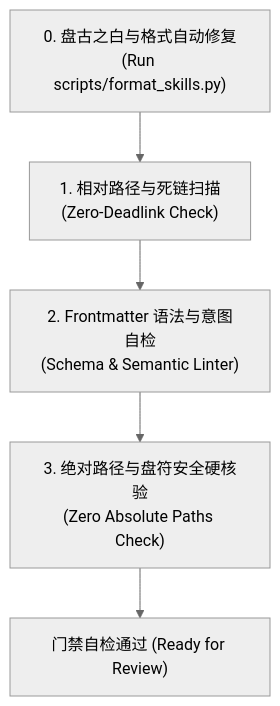
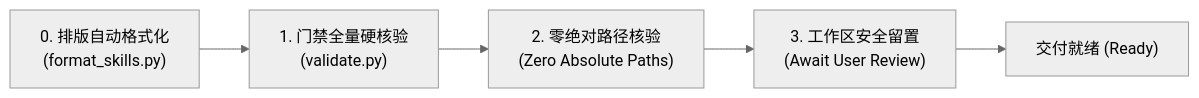
Before and after one commit to atengk/skills: the diagram in .agents/AGENTS.md, drawn with Mermaid (neutral theme). The commit also changed other lines of this file, not shown here.

````diff
--- a/.agents/AGENTS.md
+++ b/.agents/AGENTS.md
@@ -216,7 +117,7 @@
 ```mermaid
-flowchart TD
-    G0["0. 盘古之白与格式自动修复<br>(Run scripts/format_skills.py)"] --> G1["1. 相对路径与死链扫描<br>(Zero-Deadlink Check)"]
-    G1 --> G2["2. Frontmatter 语法与意图自检<br>(Schema & Semantic Linter)"]
-    G2 --> G3["3. 绝对路径与盘符安全硬核验<br>(Zero Absolute Paths Check)"]
-    G3 --> Done["门禁自检通过 (Ready for Review)"]
+flowchart LR
+    G0["0. 排版自动格式化<br>(format_skills.py)"] --> G1["1. 门禁全量硬核验<br>(validate.py)"]
+    G1 --> G2["2. 零绝对路径核验<br>(Zero Absolute Paths)"]
+    G2 --> G3["3. 工作区安全留置<br>(Await User Review)"]
+    G3 --> Done["交付就绪 (Ready)"]
 ```
````
